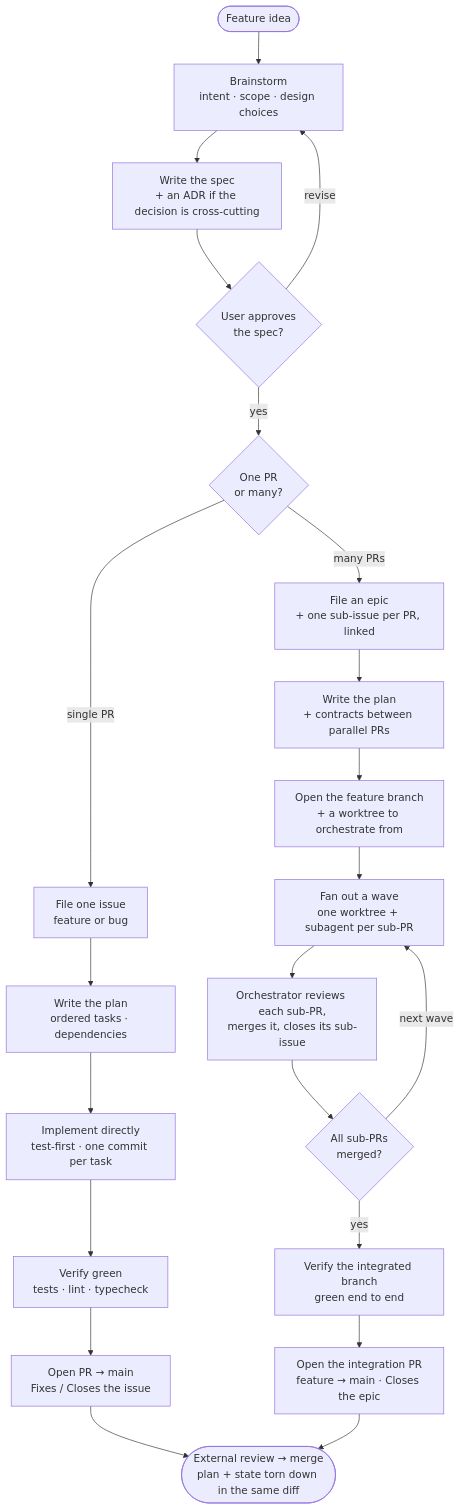
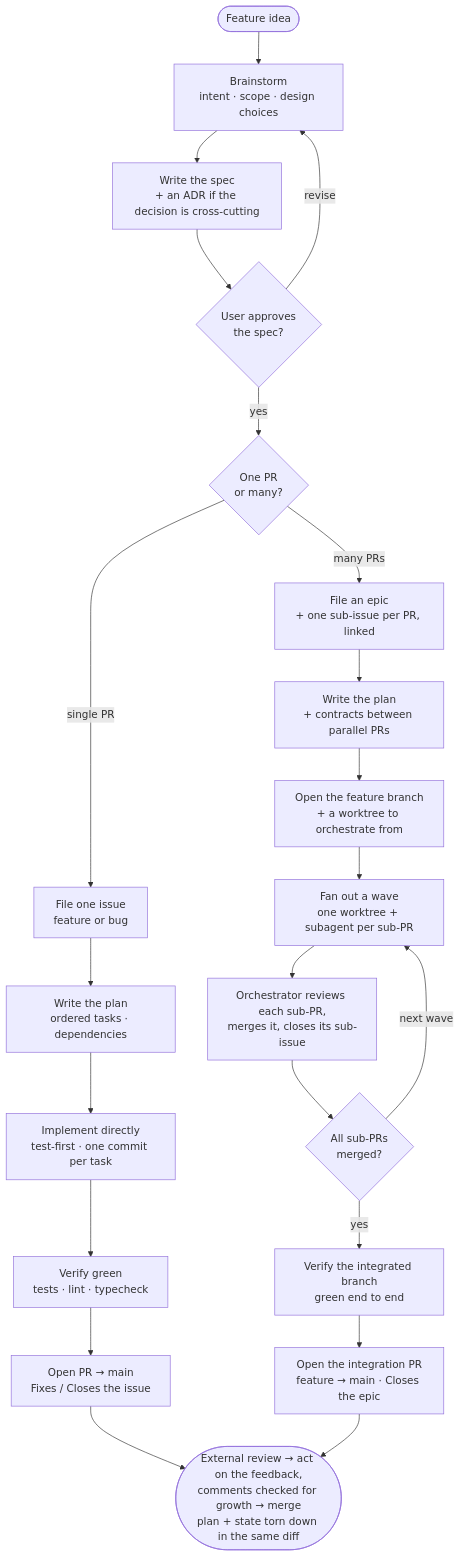
Before and after one commit to sourcehawk/feature-dev-workflow: the diagram in README.md, drawn with Mermaid. The commit also changed other lines of this file and 11 other files, not shown here.

First line of the commit message:
feat(skills/addressing-review-feedback): stop comment growth in review rounds (#48)

````diff
--- a/README.md
+++ b/README.md
@@ -48,27 +49,27 @@
 ```mermaid
 flowchart TD
     Start([Feature idea]) --> BS[Brainstorm<br/>intent · scope · design choices]
     BS --> Spec[Write the spec<br/>+ an ADR if the decision is cross-cutting]
     Spec --> Approve{User approves<br/>the spec?}
     Approve -->|revise| BS
     Approve -->|yes| Shape{One PR<br/>or many?}
 
     Shape -->|single PR| IssueOne[File one issue<br/>feature or bug]
     IssueOne --> PlanS[Write the plan<br/>ordered tasks · dependencies]
     PlanS --> Build[Implement directly<br/>test-first · one commit per task]
     Build --> VerifyS[Verify green<br/>tests · lint · typecheck]
     VerifyS --> PR1[Open PR → main<br/>Fixes / Closes the issue]
 
     Shape -->|many PRs| Epic[File an epic<br/>+ one sub-issue per PR, linked]
     Epic --> PlanM[Write the plan<br/>+ contracts between parallel PRs]
     PlanM --> Branch[Open the feature branch<br/>+ a worktree to orchestrate from]
     Branch --> Wave[Fan out a wave<br/>one worktree + subagent per sub-PR]
     Wave --> Merge[Orchestrator reviews each sub-PR,<br/>merges it, closes its sub-issue]
     Merge --> Done{All sub-PRs<br/>merged?}
     Done -->|next wave| Wave
     Done -->|yes| VerifyM[Verify the integrated branch<br/>green end to end]
     VerifyM --> PR2[Open the integration PR<br/>feature → main · Closes the epic]
 
-    PR1 --> Ship([External review → merge<br/>plan + state torn down in the same diff])
+    PR1 --> Ship([External review → act on the feedback,<br/>comments checked for growth → merge<br/>plan + state torn down in the same diff])
     PR2 --> Ship
 ```
````
